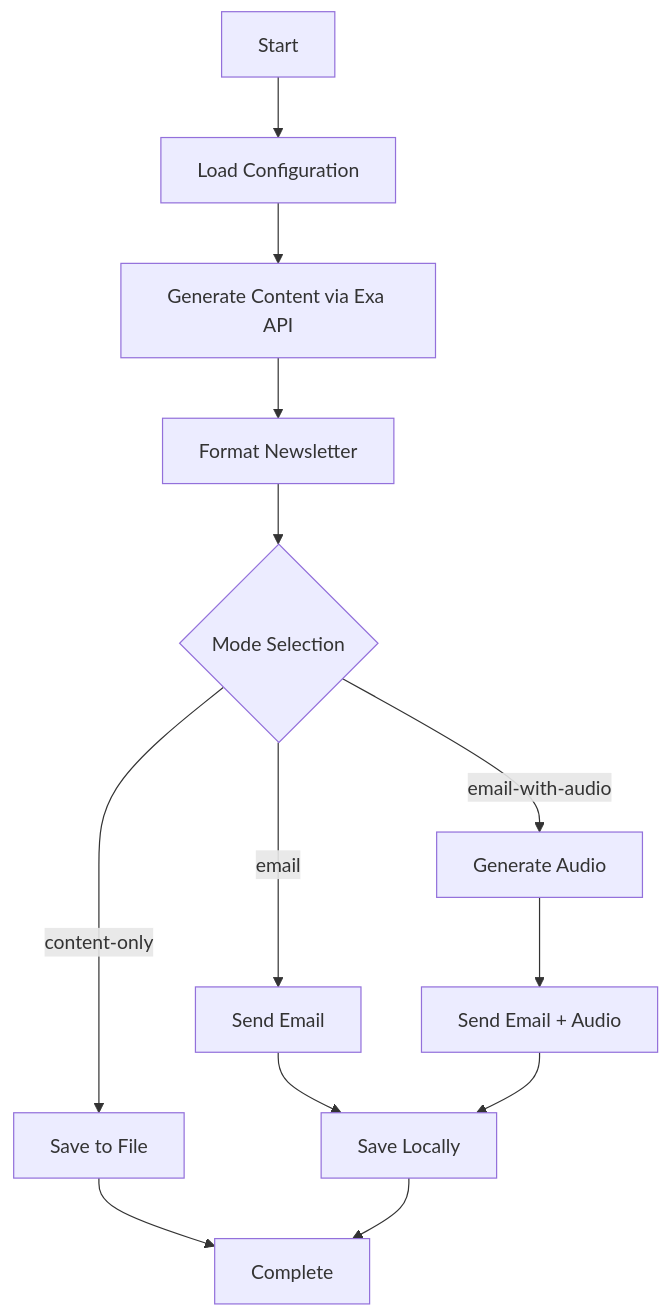
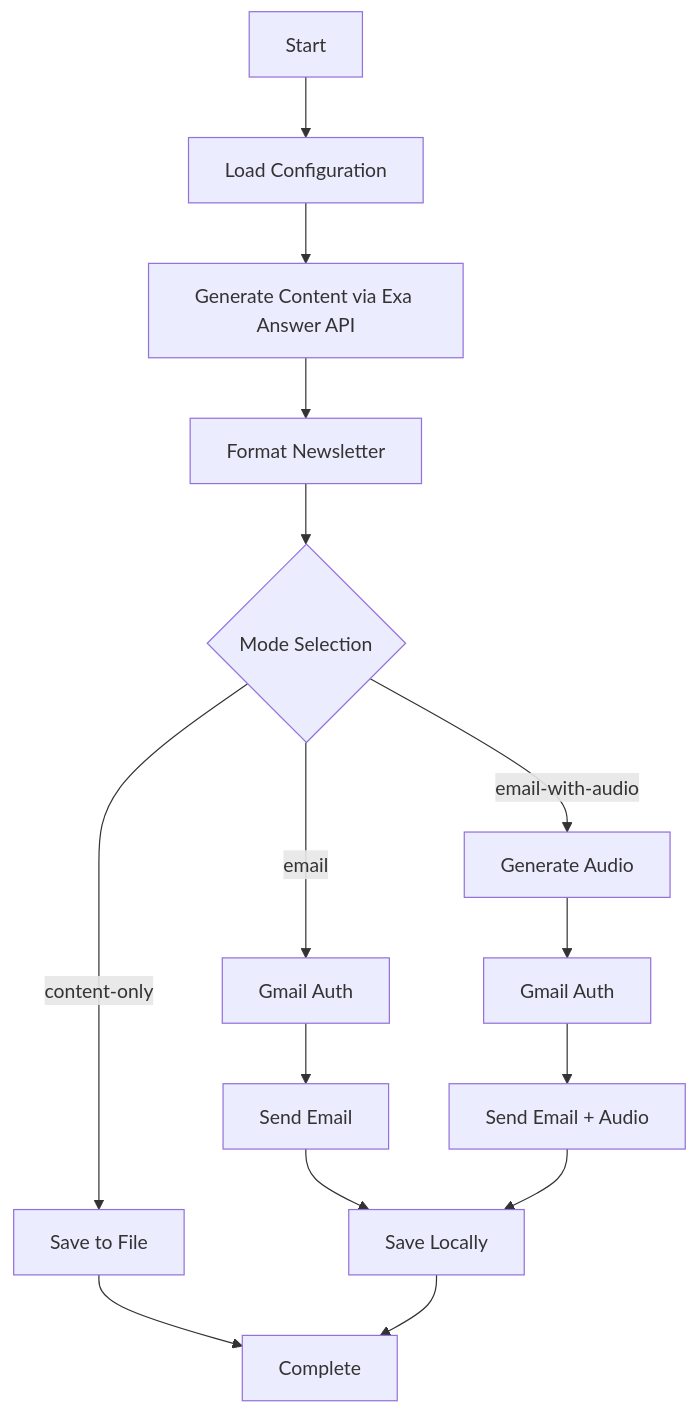
One commit to Arvind644/Exa-projects changed the diagram in Exa + Composio + Elevelnlabs/README.md. Above: the diagram before and after it, drawn with Mermaid. The commit also changed other lines of this file and 3 other files, not shown here.

Commit message:
feat: updated the auth using google api

````diff
--- a/Exa + Composio + Elevelnlabs/README.md
+++ b/Exa + Composio + Elevelnlabs/README.md
@@ -247,17 +274,15 @@
 ```mermaid
 graph TB
     A[Start] --> B[Load Configuration]
-    B --> C[Generate Content via Exa API]
+    B --> C[Generate Content via Exa Answer API]
     C --> D[Format Newsletter]
     D --> E{Mode Selection}
     
     E -->|content-only| F[Save to File]
-    E -->|email| G[Send Email]
-    E -->|email-with-audio| H[Generate Audio]
+    E -->|email| G[Gmail Auth] --> H[Send Email]
+    E -->|email-with-audio| I[Generate Audio] --> J[Gmail Auth] --> K[Send Email + Audio]
     
-    H --> I[Send Email + Audio]
-    G --> J[Save Locally]
-    I --> J
-    F --> K[Complete]
-    J --> K
+    F --> L[Complete]
+    H --> M[Save Locally] --> L
+    K --> M
 ```
````
